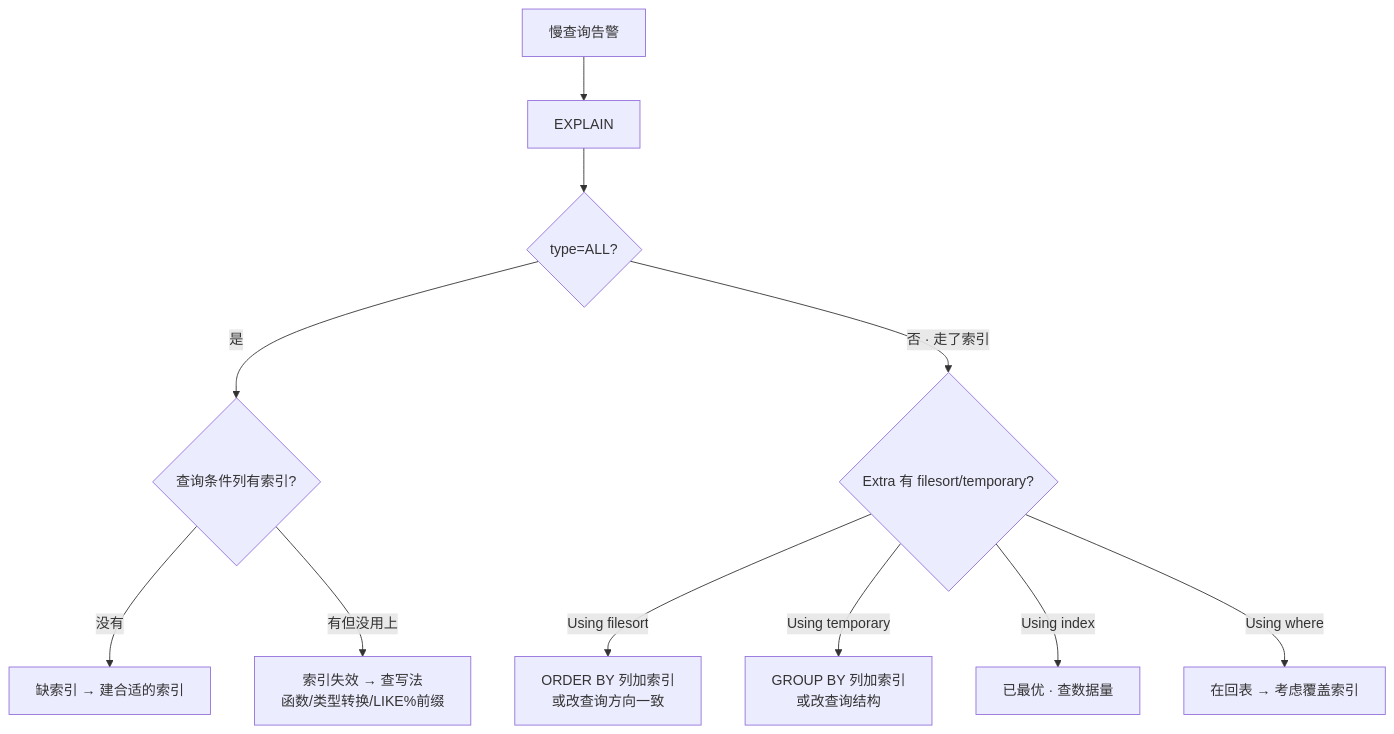
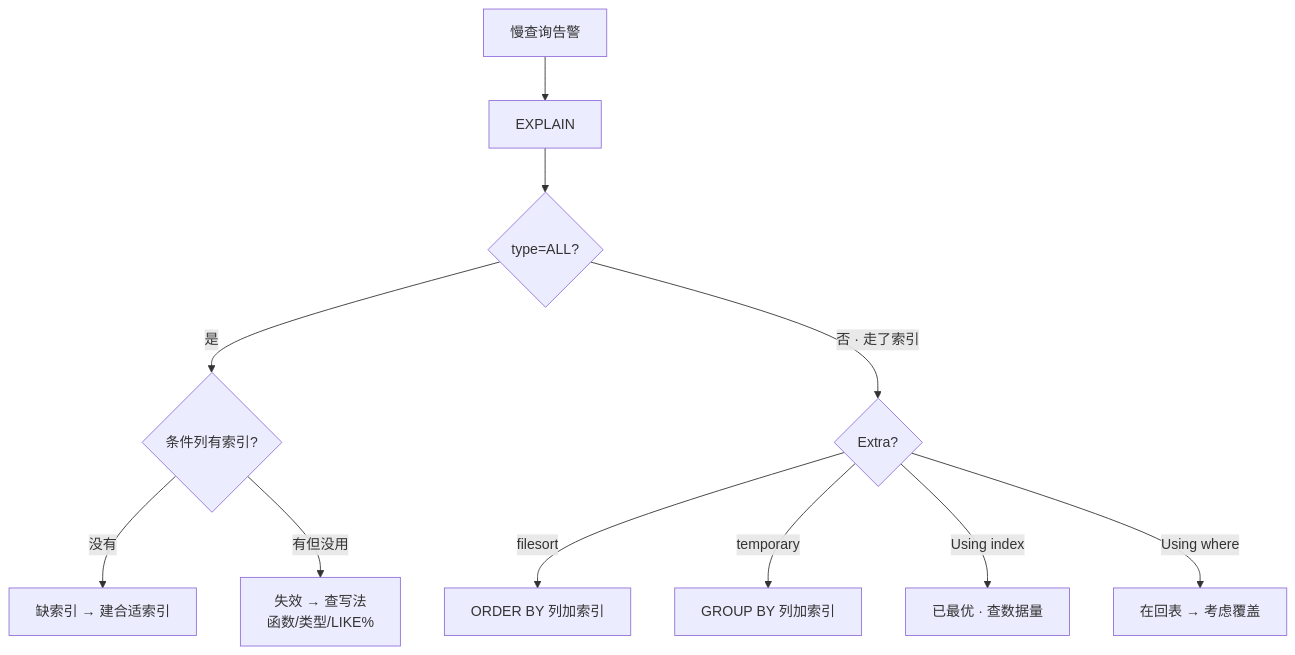
The ninth of 9 diagrams in 02-中间件与数据库/01-MySQL/02-索引与执行计划/知识点.md (ml-cuizijun/LearnToLilith), drawn with Mermaid before and after one commit. The commit also changed other lines of this file and 178 other files, not shown here.

````diff
--- a/02-中间件与数据库/01-MySQL/02-索引与执行计划/知识点.md
+++ b/02-中间件与数据库/01-MySQL/02-索引与执行计划/知识点.md
@@ -458,13 +426,13 @@
 ```mermaid
 flowchart TB
     SLOW["慢查询告警"] --> EX["EXPLAIN"]
     EX --> T{"type=ALL?"}
-    T -->|"是"| P1{"查询条件列有索引?"}
-    P1 -->|"没有"| ADD["缺索引 → 建合适的索引"]
-    P1 -->|"有但没用上"| BAD["索引失效 → 查写法<br/>函数/类型转换/LIKE%前缀"]
-    T -->|"否 · 走了索引"| E{"Extra 有 filesort/temporary?"}
-    E -->|"Using filesort"| FS["ORDER BY 列加索引<br/>或改查询方向一致"]
-    E -->|"Using temporary"| TMP["GROUP BY 列加索引<br/>或改查询结构"]
+    T -->|"是"| P1{"条件列有索引?"}
+    P1 -->|"没有"| ADD["缺索引 → 建合适索引"]
+    P1 -->|"有但没用"| BAD["失效 → 查写法<br/>函数/类型/LIKE%"]
+    T -->|"否 · 走了索引"| E{"Extra?"}
+    E -->|"filesort"| FS["ORDER BY 列加索引"]
+    E -->|"temporary"| TMP["GROUP BY 列加索引"]
     E -->|"Using index"| OK["已最优 · 查数据量"]
-    E -->|"Using where"| RT["在回表 → 考虑覆盖索引"]
+    E -->|"Using where"| RT["在回表 → 考虑覆盖"]
 ```
````
